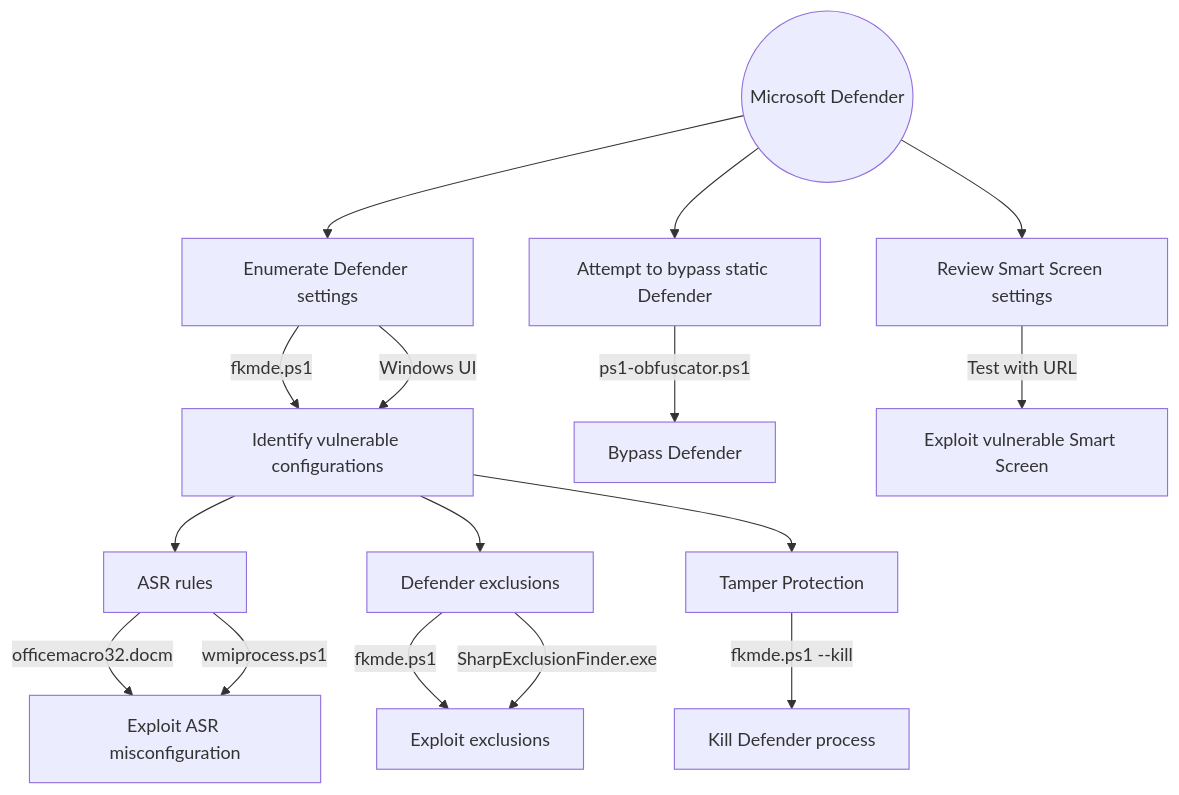
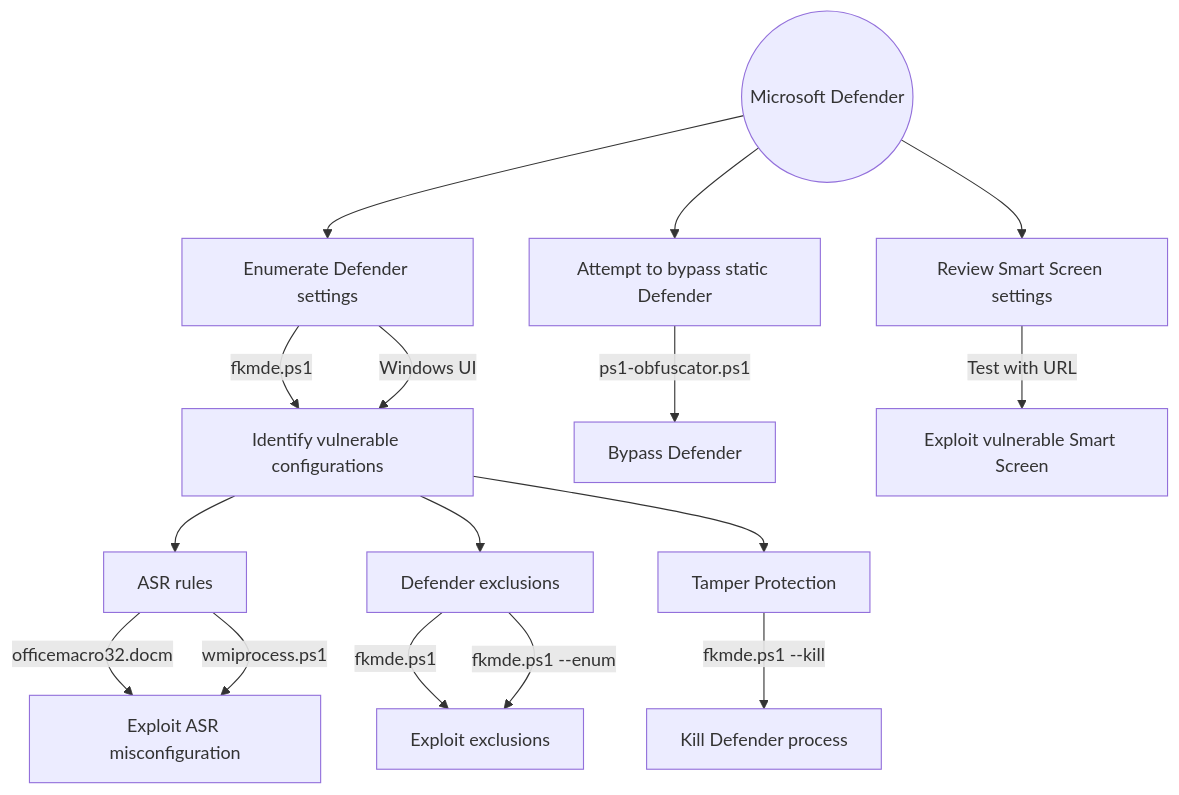
The diagram in README.md (fkxdr/fkxdr-mindmaps), drawn with Mermaid before and after one commit.

````diff
--- a/README.md
+++ b/README.md
@@ -7,27 +7,27 @@
 ```mermaid
 flowchart TD
     start((Microsoft Defender))
     
     start --> MDEENUM[Enumerate Defender settings]
     MDEENUM --> |fkmde.ps1| MDEVULN[Identify vulnerable configurations]
     MDEENUM --> |Windows UI| MDEVULN
     
     MDEVULN --> MDEVULNASR[ASR rules]
     MDEVULNASR --> |officemacro32.docm| MDEASREXP[Exploit ASR misconfiguration]
     MDEVULNASR --> |wmiprocess.ps1| MDEASREXP
     
     MDEVULN --> MDEEXCLUSION[Defender exclusions]
     MDEEXCLUSION --> |fkmde.ps1| EXPLOITEXCL[Exploit exclusions]
-    MDEEXCLUSION --> |SharpExclusionFinder.exe| EXPLOITEXCL[Exploit exclusions]
+    MDEEXCLUSION --> |fkmde.ps1 --enum| EXPLOITEXCL[Exploit exclusions]
     
     MDEVULN --> MDEMISCONF[Tamper Protection]
     MDEMISCONF --> |fkmde.ps1 --kill| MDEKILL[Kill Defender process]
     
     start --> MDEBYPASS[Attempt to bypass static Defender]
     MDEBYPASS --> |ps1-obfuscator.ps1| MDEBYPASS2[Bypass Defender]
     
     start --> MDESSCR[Review Smart Screen settings]
     MDESSCR --> |Test with URL| MDESSCRVULN[Exploit vulnerable Smart Screen]
 
 
 ```
````
